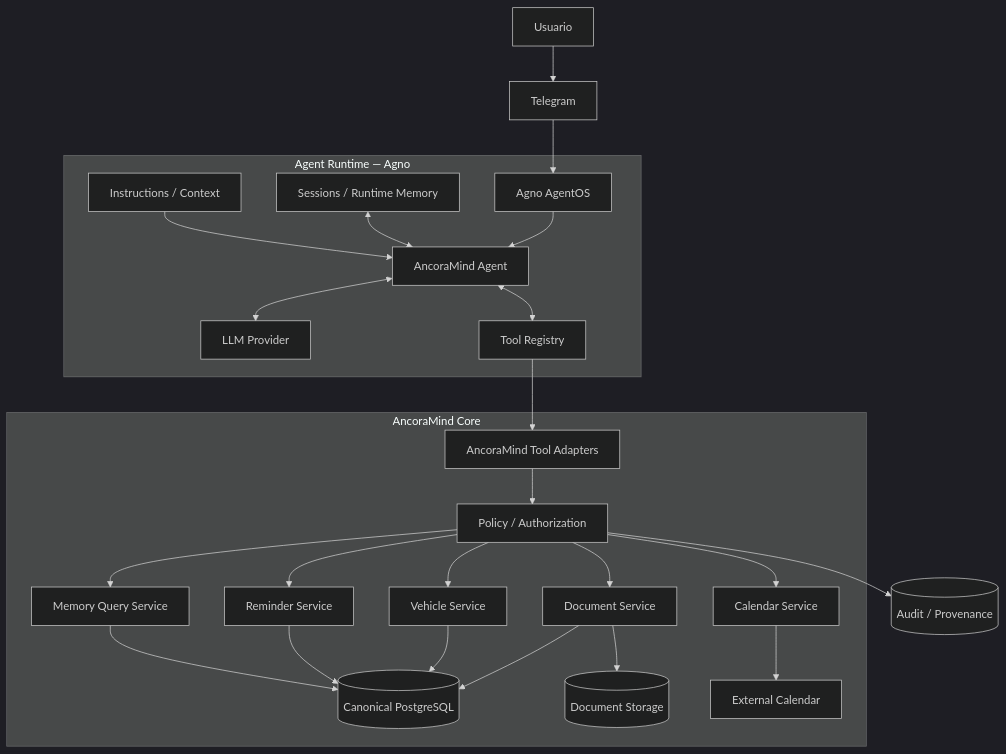
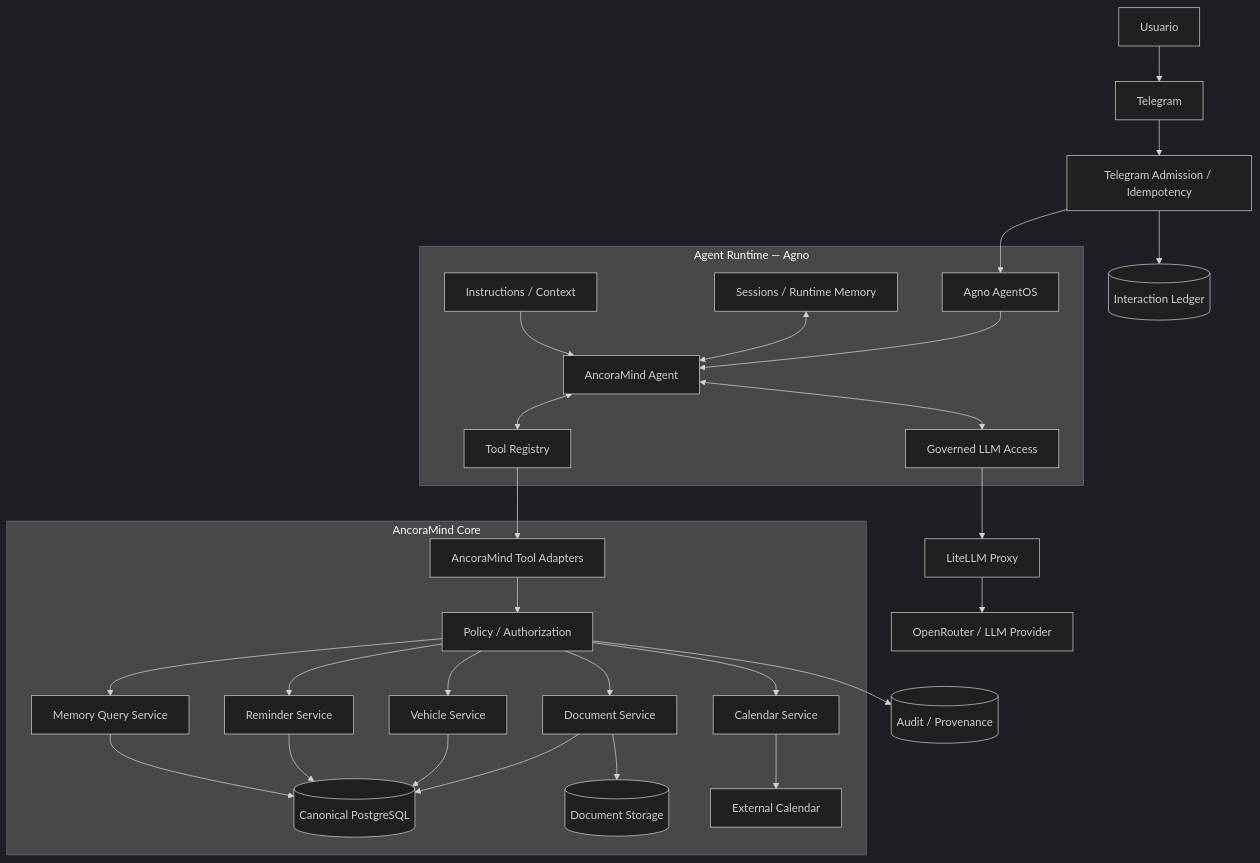
One commit to lealp22/ancoramind-app changed the first of 2 diagrams in docs/architecture.md. Above: the diagram before and after it, drawn with Mermaid (dark theme). The commit also changed other lines of this file and 14 other files, not shown here.

````diff
--- a/docs/architecture.md
+++ b/docs/architecture.md
@@ -75,48 +97,54 @@
 ```mermaid
 flowchart TB
 
     USER[Usuario]
 
     USER --> TG[Telegram]
 
-    TG --> AGNO[Agno AgentOS]
+    TG --> ADMISSION[Telegram Admission / Idempotency]
+    ADMISSION --> AGNO[Agno AgentOS]
 
     subgraph Runtime["Agent Runtime — Agno"]
         AGNO --> AGENT[AncoraMind Agent]
 
-        AGENT <--> LLM[LLM Provider]
+        AGENT <--> LLMACCESS[Governed LLM Access]
 
         AGENT <--> TOOLS[Tool Registry]
 
         SESSION[Sessions / Runtime Memory]
         SESSION <--> AGENT
 
         CONTEXT[Instructions / Context]
         CONTEXT --> AGENT
     end
+
+    LLMACCESS --> GATEWAY[LiteLLM Proxy]
+    GATEWAY --> LLM[OpenRouter / LLM Provider]
 
     TOOLS --> ADAPTERS[AncoraMind Tool Adapters]
 
     subgraph Core["AncoraMind Core"]
         ADAPTERS --> POLICY[Policy / Authorization]
 
         POLICY --> DOCUMENTS[Document Service]
         POLICY --> VEHICLES[Vehicle Service]
         POLICY --> REMINDERS[Reminder Service]
         POLICY --> CALENDAR[Calendar Service]
         POLICY --> MEMORY[Memory Query Service]
 
         DOCUMENTS --> DOMAINDB[(Canonical PostgreSQL)]
         VEHICLES --> DOMAINDB
         REMINDERS --> DOMAINDB
         MEMORY --> DOMAINDB
 
         DOCUMENTS --> STORAGE[(Document Storage)]
 
         CALENDAR --> EXT[External Calendar]
     end
 
     COREAUDIT[(Audit / Provenance)]
 
     POLICY --> COREAUDIT
+
+    ADMISSION --> INTERACTIONS[(Interaction Ledger)]
 ```
````
